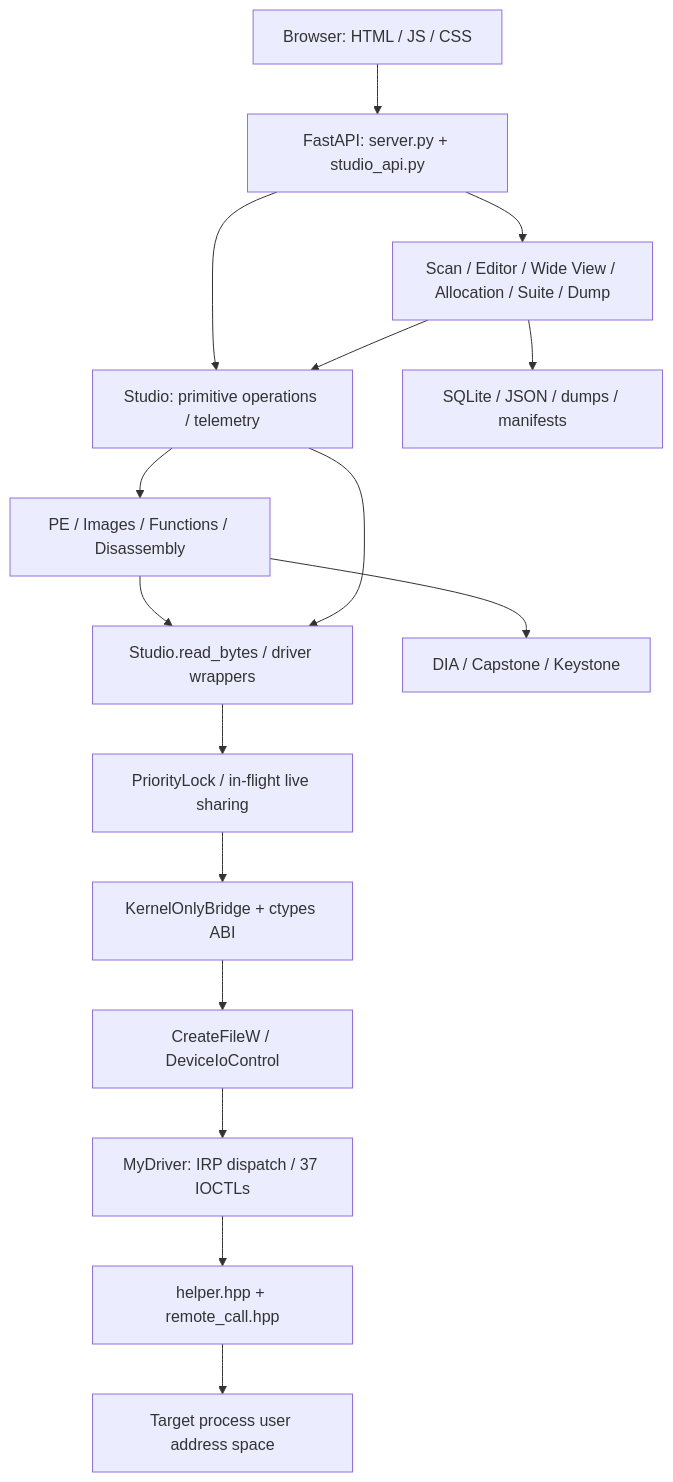
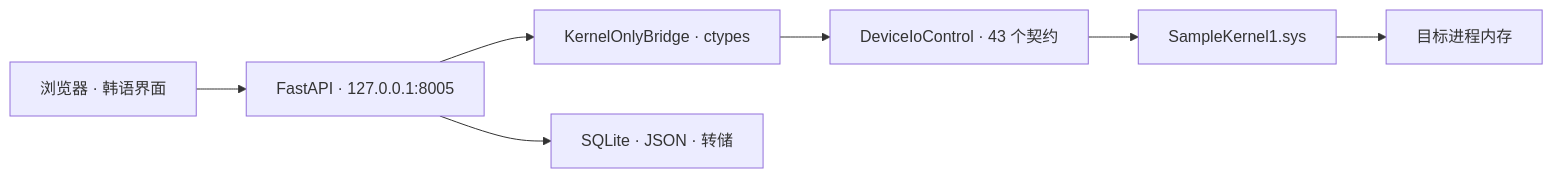
Before and after one commit to lastime1650/Kernel_Based_ProcessMemory_Editor: the first of 2 diagrams in README.zh-CN.md, drawn with Mermaid. The commit also changed other lines of this file and 139 other files, not shown here.

First line of the commit message:
Refresh driver 2.6.0.1, Kernel Studio 3.2.2 and visual documentation

````diff
--- a/README.zh-CN.md
+++ b/README.zh-CN.md
@@ -55,18 +45,9 @@
 ```mermaid
-flowchart TB
-    Browser["Browser: HTML / JS / CSS"] --> HTTP["FastAPI: server.py + studio_api.py"]
-    HTTP --> Studio["Studio: primitive operations / telemetry"]
-    HTTP --> Workspace["Scan / Editor / Wide View / Allocation / Suite / Dump"]
-    Studio --> Analysis["PE / Images / Functions / Disassembly"]
-    Workspace --> Studio
-    Analysis --> StudioIO["Studio.read_bytes / driver wrappers"]
-    Studio --> StudioIO
-    StudioIO --> Schedule["PriorityLock / in-flight live sharing"]
-    Schedule --> Bridge["KernelOnlyBridge + ctypes ABI"]
-    Bridge --> Device["CreateFileW / DeviceIoControl"]
-    Device --> Dispatch["MyDriver: IRP dispatch / 37 IOCTLs"]
-    Dispatch --> Helpers["helper.hpp + remote_call.hpp"]
-    Helpers --> Target["Target process user address space"]
-    Workspace --> Disk["SQLite / JSON / dumps / manifests"]
-    Analysis --> Native["DIA / Capstone / Keystone"]
+flowchart LR
+    UI["浏览器 · 韩语界面"] --> API["FastAPI · 127.0.0.1:8005"]
+    API --> Bridge["KernelOnlyBridge · ctypes"]
+    Bridge --> IO["DeviceIoControl · 43 个契约"]
+    IO --> Driver["SampleKernel1.sys"]
+    Driver --> Target["目标进程内存"]
+    API --> Store["SQLite · JSON · 转储"]
 ```
````
